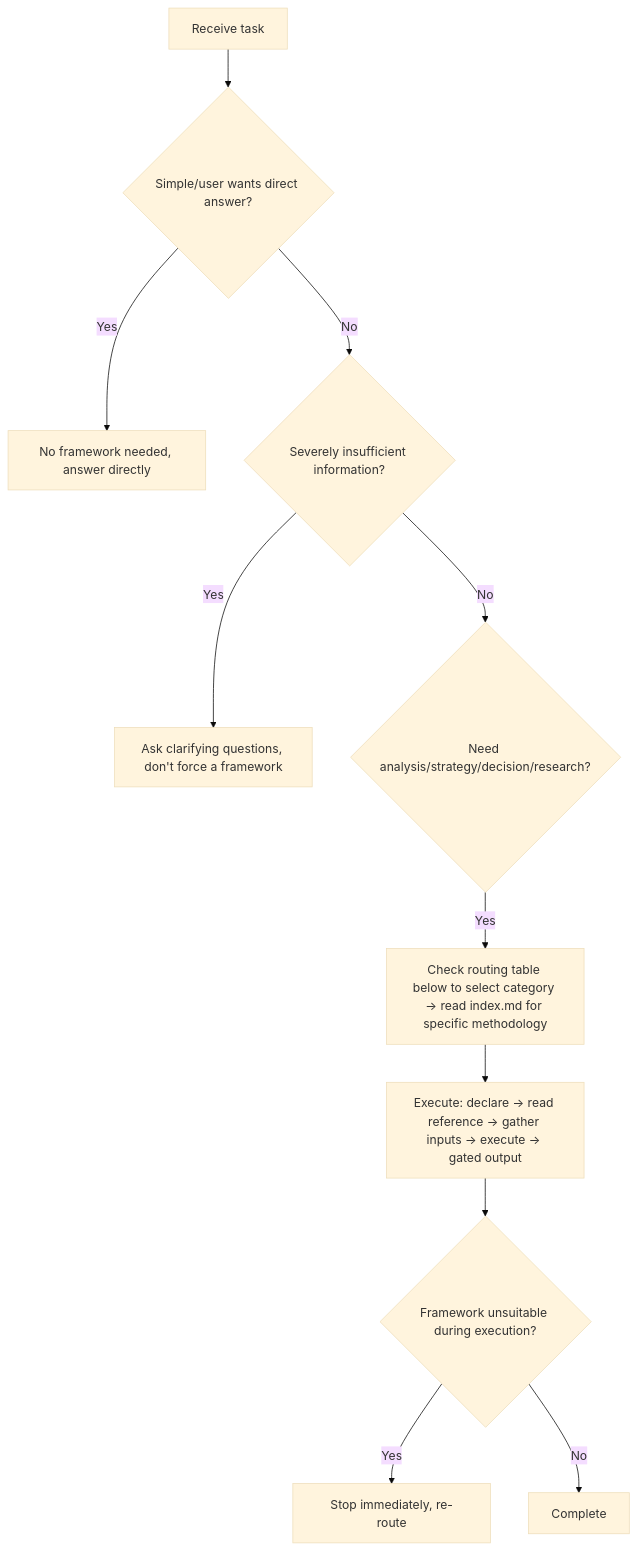
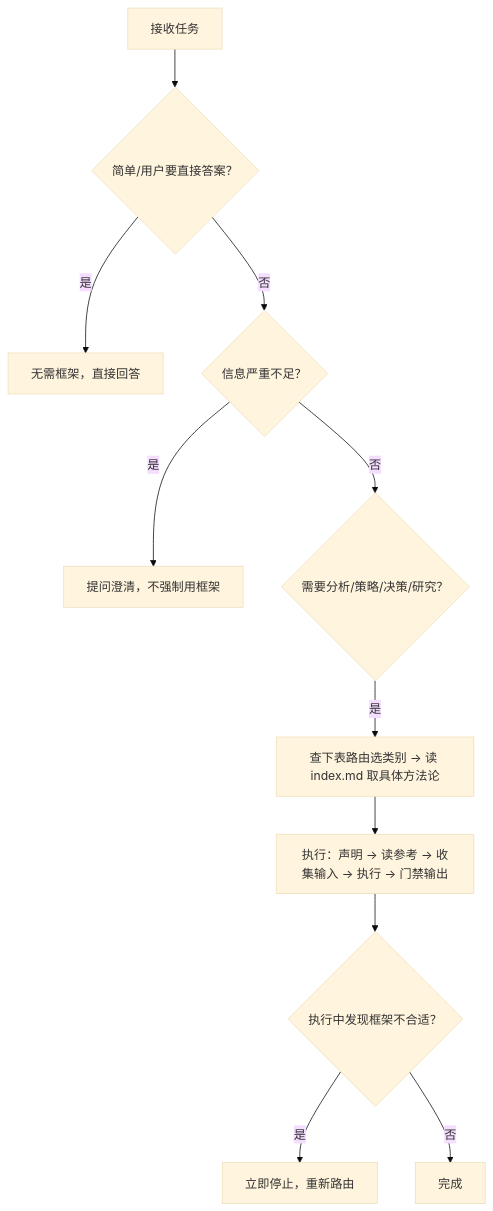
The diagram in SKILL.md (Kirky-X/kueiku), drawn with Mermaid (base theme) before and after one commit. The commit also changed other lines of this file and 2 other files, not shown here.

````diff
--- a/SKILL.md
+++ b/SKILL.md
@@ -13,13 +13,13 @@
 ```mermaid
 flowchart TD
-    A["Receive task"] --> B{"Simple/user wants direct answer?"}
-    B -- Yes --> C["No framework needed, answer directly"]
-    B -- No --> D{"Severely insufficient information?"}
-    D -- Yes --> E["Ask clarifying questions, don't force a framework"]
-    D -- No --> F{"Need analysis/strategy/decision/research?"}
-    F -- Yes --> G["Check routing table below to select category → read index.md for specific methodology"]
-    G --> H["Execute: declare → read reference → gather inputs → execute → gated output"]
-    H --> I{"Framework unsuitable during execution?"}
-    I -- Yes --> J["Stop immediately, re-route"]
-    I -- No --> K["Complete"]
+    A["接收任务"] --> B{"简单/用户要直接答案？"}
+    B -- 是 --> C["无需框架，直接回答"]
+    B -- 否 --> D{"信息严重不足？"}
+    D -- 是 --> E["提问澄清，不强制用框架"]
+    D -- 否 --> F{"需要分析/策略/决策/研究？"}
+    F -- 是 --> G["查下表路由选类别 → 读 index.md 取具体方法论"]
+    G --> H["执行：声明 → 读参考 → 收集输入 → 执行 → 门禁输出"]
+    H --> I{"执行中发现框架不合适？"}
+    I -- 是 --> J["立即停止，重新路由"]
+    I -- 否 --> K["完成"]
 ```
````
